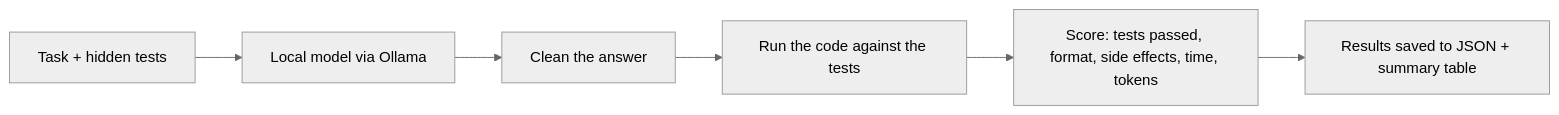
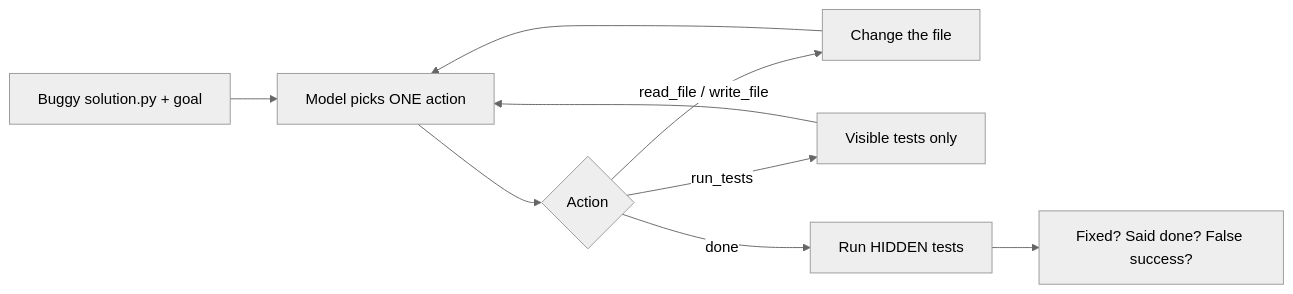
One commit to lihi-cohen-dev/AgentProof changed the diagram in README.md. Above: the diagram before and after it, drawn with Mermaid (neutral theme). The commit also changed other lines of this file, not shown here.

Commit message:
README: agent mode results and false-success finding

````diff
--- a/README.md
+++ b/README.md
@@ -19,8 +32,11 @@
 ```mermaid
 flowchart LR
-    A[Task + hidden tests] --> B[Local model via Ollama]
-    B --> C[Clean the answer]
-    C --> D[Run the code against the tests]
-    D --> E[Score: tests passed, format, side effects, time, tokens]
-    E --> F[Results saved to JSON + summary table]
+    A[Buggy solution.py + goal] --> B[Model picks ONE action]
+    B --> C{Action}
+    C -->|read_file / write_file| D[Change the file]
+    C -->|run_tests| E[Visible tests only]
+    D --> B
+    E --> B
+    C -->|done| F[Run HIDDEN tests]
+    F --> G[Fixed? Said done? False success?]
 ```
````
